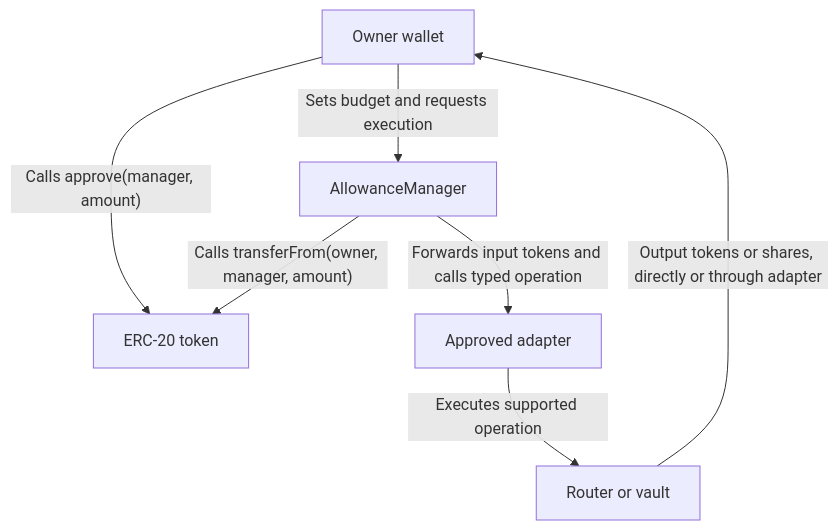
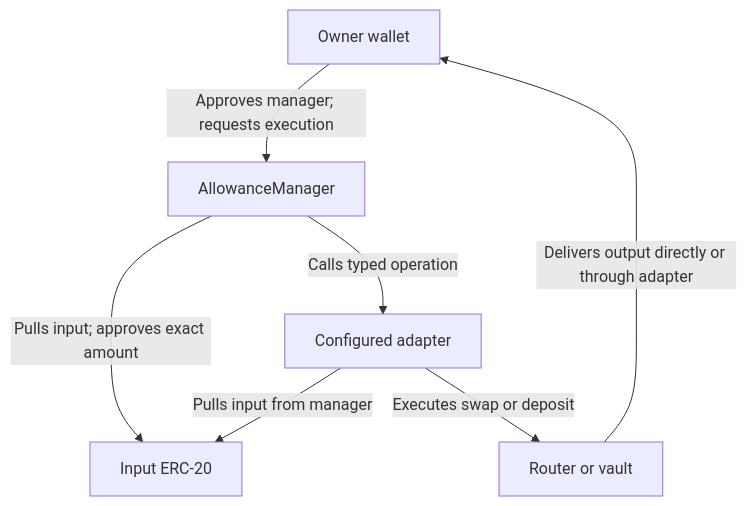
Before and after one commit to Mnhien663/unihack-defi-copilot: the diagram in docs/allowance-design.md, drawn with Mermaid. The commit also changed other lines of this file and 10 other files, not shown here.

Commit message:
Add typed execution and security tests

````diff
--- a/docs/allowance-design.md
+++ b/docs/allowance-design.md
@@ -52,9 +54,9 @@
 ```mermaid
 flowchart TD
-    O["Owner wallet"] -->|"Calls approve(manager, amount)"| T["ERC-20 token"]
-    O -->|"Sets budget and requests execution"| M["AllowanceManager"]
-    M -->|"Calls transferFrom(owner, manager, amount)"| T
-    M -->|"Forwards input tokens and calls typed operation"| A["Approved adapter"]
-    A -->|"Executes supported operation"| P["Router or vault"]
-    P -->|"Output tokens or shares, directly or through adapter"| O
+    O["Owner wallet"] -->|"Approves manager; requests execution"| M["AllowanceManager"]
+    M -->|"Pulls input; approves exact amount"| T["Input ERC-20"]
+    M -->|"Calls typed operation"| A["Configured adapter"]
+    A -->|"Pulls input from manager"| T
+    A -->|"Executes swap or deposit"| P["Router or vault"]
+    P -->|"Delivers output directly or through adapter"| O
 ```
````
